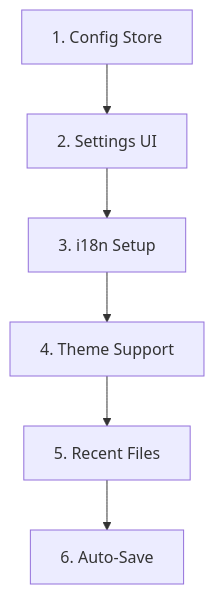
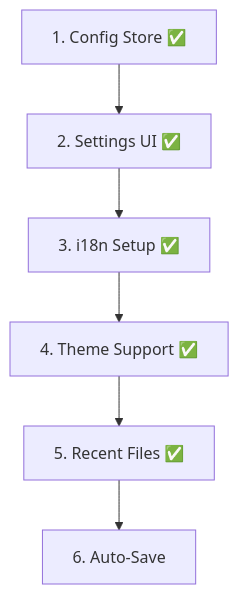
One commit to woped/woped-next changed the second of 2 diagrams in docs/migration/12-configuration.md. Above: the diagram before and after it, drawn with Mermaid. The commit also changed other lines of this file and 24 other files, not shown here.

````diff
--- a/docs/migration/12-configuration.md
+++ b/docs/migration/12-configuration.md
@@ -137,8 +137,8 @@
 ```mermaid
 flowchart TD
-    S1[1. Config Store] --> S2[2. Settings UI]
-    S2 --> S3[3. i18n Setup]
-    S3 --> S4[4. Theme Support]
-    S4 --> S5[5. Recent Files]
+    S1[1. Config Store ✅] --> S2[2. Settings UI ✅]
+    S2 --> S3[3. i18n Setup ✅]
+    S3 --> S4[4. Theme Support ✅]
+    S4 --> S5[5. Recent Files ✅]
     S5 --> S6[6. Auto-Save]
 ```
````
